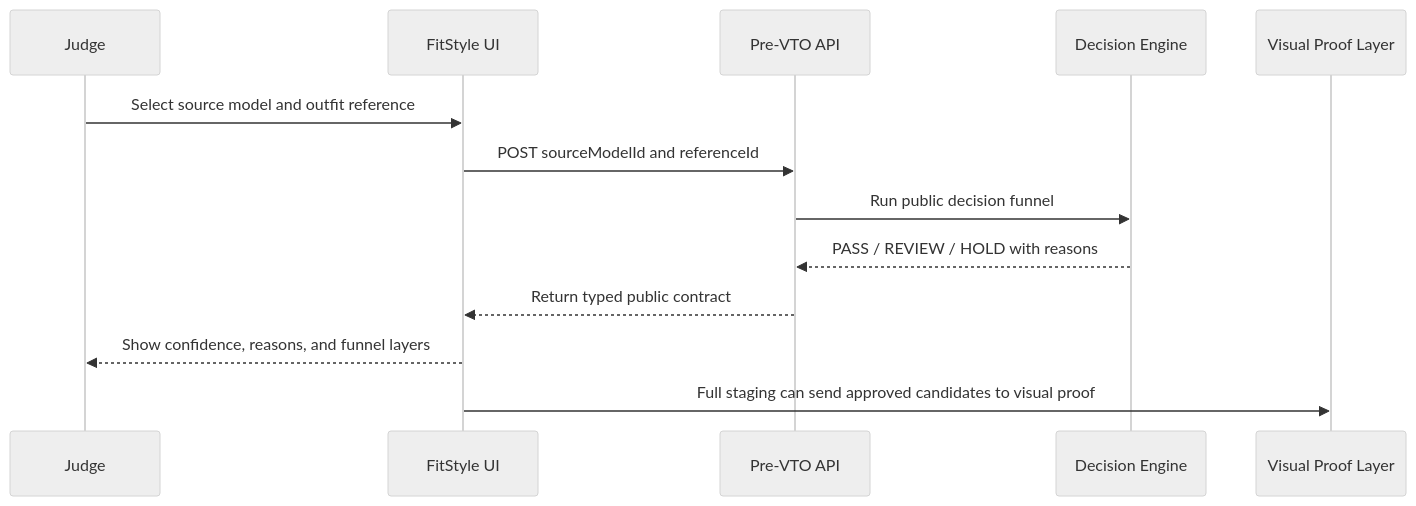
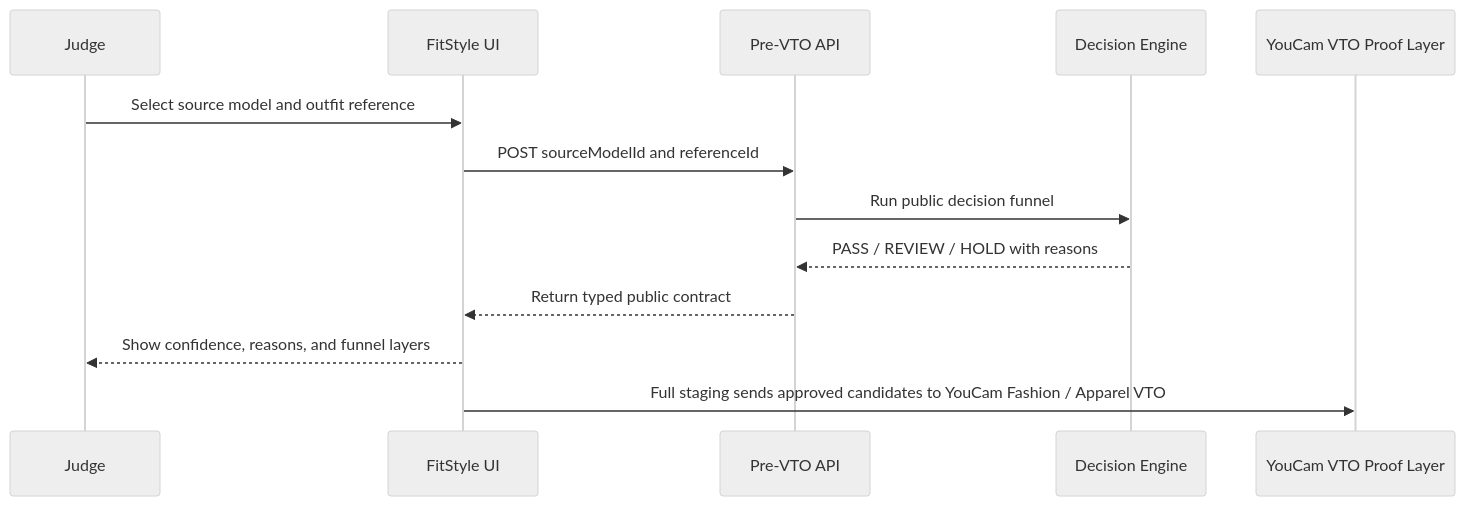
One commit to jiarong0423/match-the-fit-public-demo changed the third of 3 diagrams in docs/architecture.md. Above: the diagram before and after it, drawn with Mermaid (neutral theme). The commit also changed other lines of this file and 10 other files, not shown here.

Commit message:
Align submission docs with YouCam hackathon

````diff
--- a/docs/architecture.md
+++ b/docs/architecture.md
@@ -49,16 +49,16 @@
 ```mermaid
 sequenceDiagram
   participant Judge
   participant UI as FitStyle UI
   participant API as Pre-VTO API
   participant Engine as Decision Engine
-  participant Proof as Visual Proof Layer
+  participant Proof as YouCam VTO Proof Layer
 
   Judge->>UI: Select source model and outfit reference
   UI->>API: POST sourceModelId and referenceId
   API->>Engine: Run public decision funnel
   Engine-->>API: PASS / REVIEW / HOLD with reasons
   API-->>UI: Return typed public contract
   UI-->>Judge: Show confidence, reasons, and funnel layers
-  UI->>Proof: Full staging can send approved candidates to visual proof
+  UI->>Proof: Full staging sends approved candidates to YouCam Fashion / Apparel VTO
 ```
````
